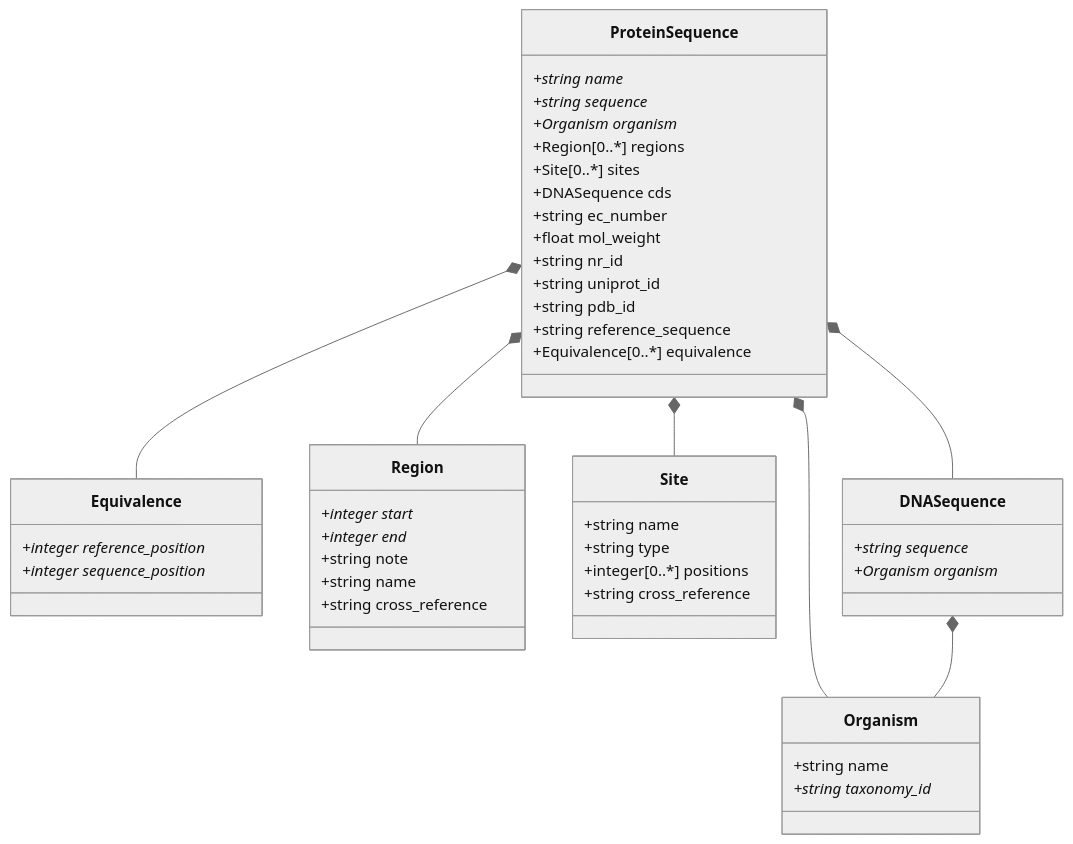
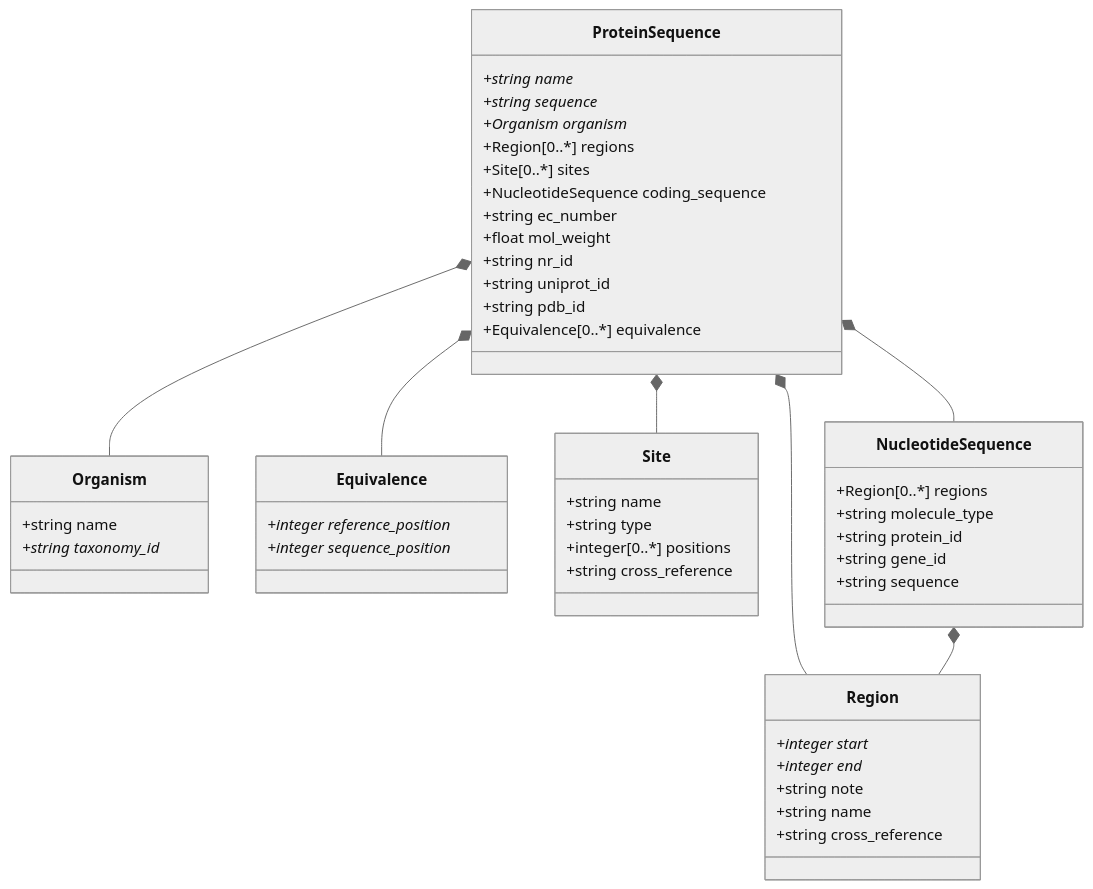
The diagram in pyEED/schemes/pyeed_schema.md (PyEED/pyeed), drawn with Mermaid (neutral theme) before and after one commit. The commit also changed 8 other files, not shown here.

````diff
--- a/pyEED/schemes/pyeed_schema.md
+++ b/pyEED/schemes/pyeed_schema.md
@@ -1,56 +1,58 @@
 ```mermaid
 classDiagram
     ProteinSequence *-- Organism
     ProteinSequence *-- Equivalence
     ProteinSequence *-- Region
     ProteinSequence *-- Site
-    ProteinSequence *-- DNASequence
-    DNASequence *-- Organism
+    ProteinSequence *-- NucleotideSequence
+    NucleotideSequence *-- Region
     
     class ProteinSequence {
         +string name*
         +string sequence*
         +Organism organism*
         +Region[0..*] regions
         +Site[0..*] sites
-        +DNASequence cds
+        +NucleotideSequence coding_sequence
         +string ec_number
         +float mol_weight
         +string nr_id
         +string uniprot_id
         +string pdb_id
-        +string reference_sequence
         +Equivalence[0..*] equivalence
     }
     
     class Organism {
         +string name
         +string taxonomy_id*
     }
     
     class Equivalence {
         +integer reference_position*
         +integer sequence_position*
     }
     
     class Region {
         +integer start*
         +integer end*
         +string note
         +string name
         +string cross_reference
     }
     
     class Site {
         +string name
         +string type
         +integer[0..*] positions
         +string cross_reference
     }
     
-    class DNASequence {
-        +string sequence*
-        +Organism organism*
+    class NucleotideSequence {
+        +Region[0..*] regions
+        +string molecule_type
+        +string protein_id
+        +string gene_id
+        +string sequence
     }
     
 ```
````
